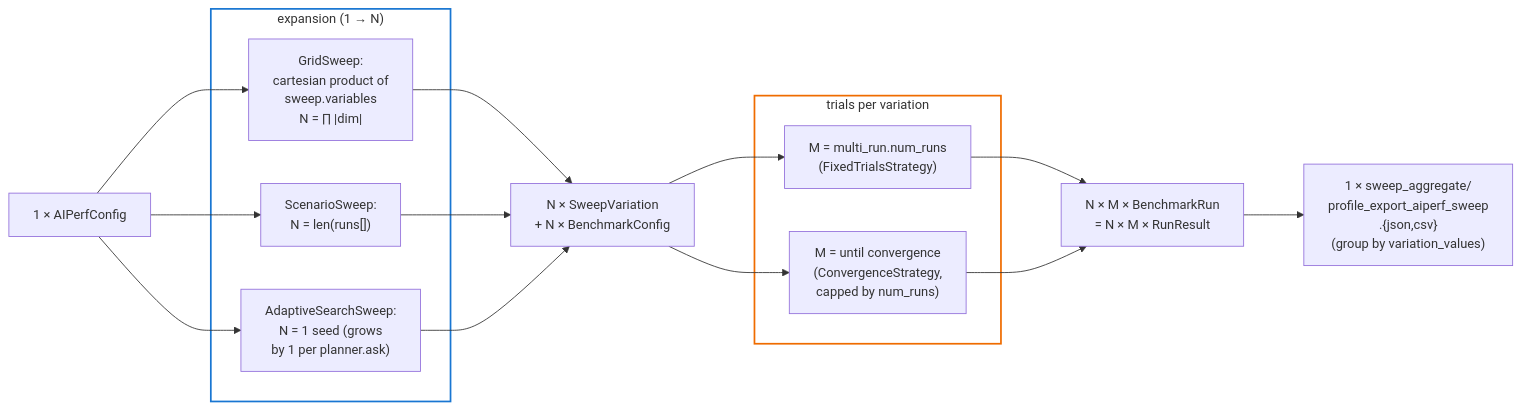
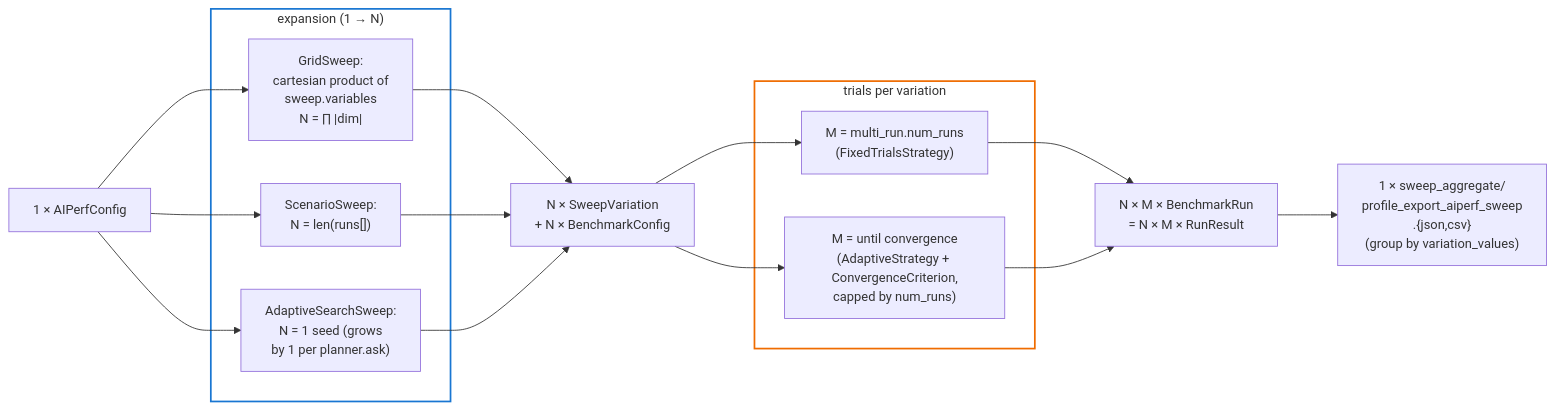
Before and after one commit to ai-dynamo/aiperf: the fifth of 6 diagrams in docs/dev/sweep-architecture-overview.md, drawn with Mermaid. The commit also changed other lines of this file and 1 other file, not shown here.

First line of the commit message:
docs(sweep): regenerate ABC diagrams and correct planner/config/plugin facts

````diff
--- a/docs/dev/sweep-architecture-overview.md
+++ b/docs/dev/sweep-architecture-overview.md
@@ -216,36 +216,36 @@
 ```mermaid
 %%{init: {'flowchart': {'nodeSpacing': 50, 'rankSpacing': 70, 'padding': 14, 'htmlLabels': true, 'curve': 'basis'}, 'themeVariables': {'fontSize': '15px'}}}%%
 flowchart LR
     cfg["1 × AIPerfConfig"]
 
     subgraph FANOUT["expansion (1 → N)"]
         grid["GridSweep:<br/>cartesian product of<br/>sweep.variables<br/>N = ∏ |dim|"]
         scen["ScenarioSweep:<br/>N = len(runs[])"]
         adapt["AdaptiveSearchSweep:<br/>N = 1 seed (grows<br/>by 1 per planner.ask)"]
     end
 
     vars["N × SweepVariation<br/>+ N × BenchmarkConfig"]
 
     subgraph TRIALS["trials per variation"]
         m_fixed["M = multi_run.num_runs<br/>(FixedTrialsStrategy)"]
-        m_conv["M = until convergence<br/>(ConvergenceStrategy,<br/>capped by num_runs)"]
+        m_conv["M = until convergence<br/>(AdaptiveStrategy + ConvergenceCriterion,<br/>capped by num_runs)"]
     end
 
     cells["N × M × BenchmarkRun<br/>= N × M × RunResult"]
     agg["1 × sweep_aggregate/<br/>profile_export_aiperf_sweep<br/>.{json,csv}<br/>(group by variation_values)"]
 
     cfg --> grid
     cfg --> scen
     cfg --> adapt
     grid --> vars
     scen --> vars
     adapt --> vars
     vars --> m_fixed
     vars --> m_conv
     m_fixed --> cells
     m_conv --> cells
     cells --> agg
 
     style FANOUT fill:transparent,stroke:#1976d2,stroke-width:2px
     style TRIALS fill:transparent,stroke:#ef6c00,stroke-width:2px
 ```
````
